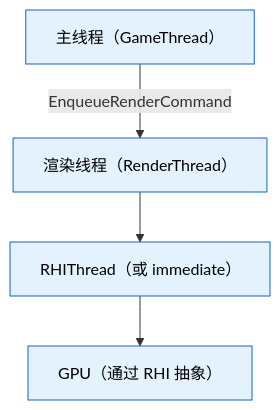
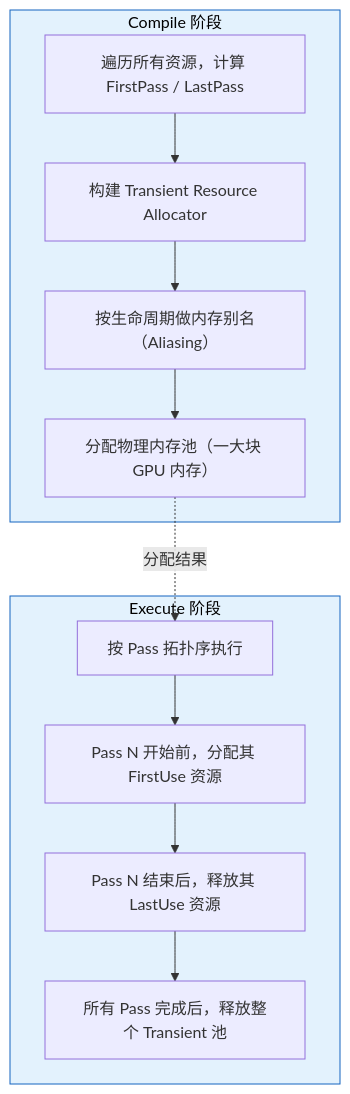
The first of 7 diagrams in references/ue-rendering/card-01-pipeline-overview.md (MotionlessPeri/agent_coding_guidelines), drawn with Mermaid before and after one commit. The commit also changed other lines of this file and 8 other files, not shown here.

````diff
--- a/references/ue-rendering/card-01-pipeline-overview.md
+++ b/references/ue-rendering/card-01-pipeline-overview.md
@@ -21,9 +184,20 @@
 ```mermaid
 flowchart TB
-    GT["主线程（GameThread）"] -->|EnqueueRenderCommand| RT["渲染线程（RenderThread）"]
-    RT --> RHI["RHIThread（或 immediate）"]
-    RHI --> GPU["GPU（通过 RHI 抽象）"]
-
-    classDef tier fill:#e3f2fd,stroke:#1565c0,color:#000
-    class GT,RT,RHI,GPU tier
+    subgraph Compile["Compile 阶段"]
+        C1["遍历所有资源，计算 FirstPass / LastPass"]
+        C2["构建 Transient Resource Allocator"]
+        C3["按生命周期做内存别名（Aliasing）"]
+        C4["分配物理内存池（一大块 GPU 内存）"]
+        C1 --> C2 --> C3 --> C4
+    end
+    subgraph Execute["Execute 阶段"]
+        E1["按 Pass 拓扑序执行"]
+        E2["Pass N 开始前，分配其 FirstUse 资源"]
+        E3["Pass N 结束后，释放其 LastUse 资源"]
+        E4["所有 Pass 完成后，释放整个 Transient 池"]
+        E1 --> E2 --> E3 --> E4
+    end
+    C4 -.->|"分配结果"| E1
+    classDef phase fill:#e3f2fd,stroke:#1565c0,color:#000
+    class Compile,Execute phase
 ```
````
